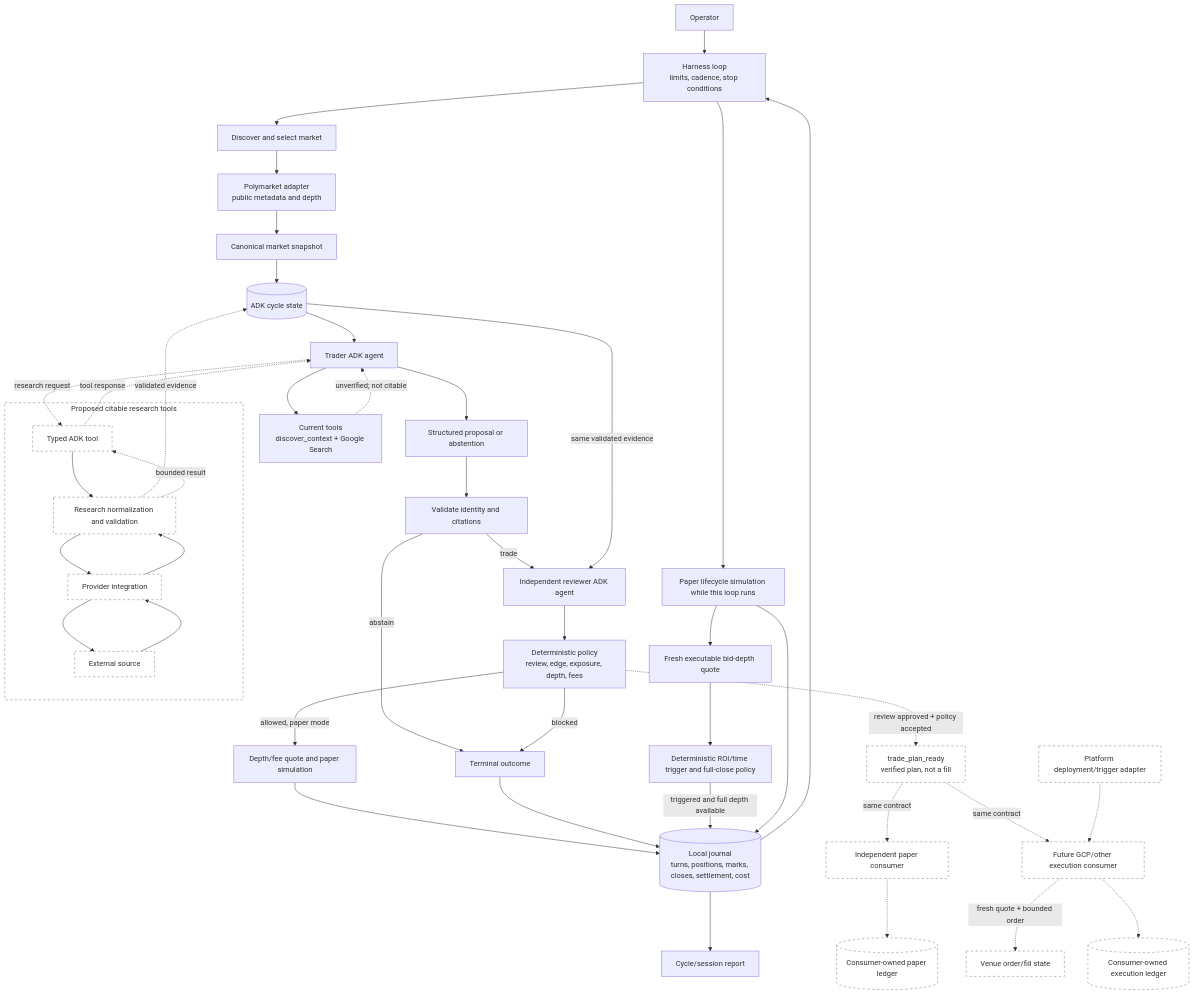
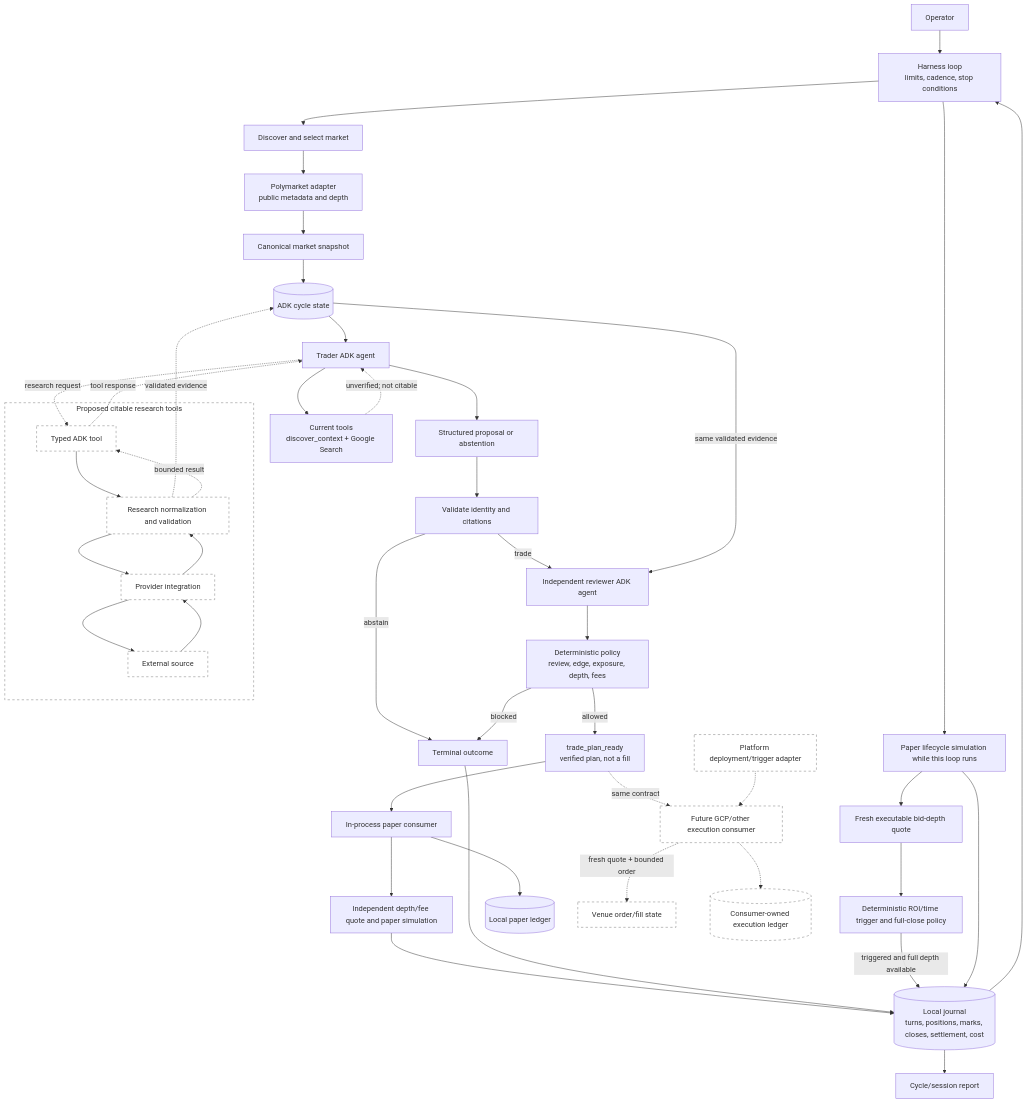
One commit to JMrtzsn/chrysopoeia changed the diagram in harness/docs/architecture.md. Above: the diagram before and after it, drawn with Mermaid. The commit also changed other lines of this file and 15 other files, not shown here.

Commit message:
Separate plan events from paper fills

````diff
--- a/harness/docs/architecture.md
+++ b/harness/docs/architecture.md
@@ -6,54 +6,54 @@
 ```mermaid
 flowchart TD
     Operator --> Loop["Harness loop<br/>limits, cadence, stop conditions"]
     Loop --> Discover["Discover and select market"]
     Discover --> Venue["Polymarket adapter<br/>public metadata and depth"]
     Venue --> Snapshot["Canonical market snapshot"]
     Snapshot --> State[("ADK cycle state")]
 
     State --> Trader["Trader ADK agent"]
     Trader --> ContextTool["Current tools<br/>discover_context + Google Search"]
     ContextTool -. "unverified; not citable" .-> Trader
     Trader --> Proposal["Structured proposal or abstention"]
     Proposal --> Gate["Validate identity and citations"]
     Gate -->|abstain| Outcome["Terminal outcome"]
     Gate -->|trade| Reviewer["Independent reviewer ADK agent"]
     State -->|same validated evidence| Reviewer
     Reviewer --> Policy["Deterministic policy<br/>review, edge, exposure, depth, fees"]
-    Policy -->|allowed, paper mode| Quote["Depth/fee quote and paper simulation"]
+    Policy -->|allowed| Ready["trade_plan_ready<br/>verified plan, not a fill"]
+    Ready --> PaperConsumer["In-process paper consumer"]
+    PaperConsumer --> Quote["Independent depth/fee quote and paper simulation"]
     Policy -->|blocked| Outcome
     Quote --> Journal[("Local journal<br/>turns, positions, marks, closes, settlement, cost")]
     Outcome --> Journal
     Loop --> Lifecycle["Paper lifecycle simulation while this loop runs"]
     Lifecycle --> ExitQuote["Fresh executable bid-depth quote"]
     ExitQuote --> ExitPolicy["Deterministic ROI/time trigger and full-close policy"]
     ExitPolicy -->|triggered and full depth available| Journal
     Lifecycle --> Journal
     Journal --> Loop
     Journal --> Report["Cycle/session report"]
 
-    Policy -. "review approved + policy accepted" .-> Ready["trade_plan_ready<br/>verified plan, not a fill"]
-    Ready -. "same contract" .-> PaperConsumer["Independent paper consumer"]
     Ready -. "same contract" .-> ExecutionConsumer["Future GCP/other execution consumer"]
-    PaperConsumer -.-> PaperLedger[("Consumer-owned paper ledger")]
+    PaperConsumer --> PaperLedger[("Local paper ledger")]
     ExecutionConsumer -. "fresh quote + bounded order" .-> LiveVenue["Venue order/fill state"]
     ExecutionConsumer -.-> LiveLedger[("Consumer-owned execution ledger")]
     Platform["Platform deployment/trigger adapter"] -.-> ExecutionConsumer
 
     subgraph Planned["Proposed citable research tools"]
         Tool["Typed ADK tool"]
         Core["Research normalization and validation"]
         Integration["Provider integration"]
         Source["External source"]
         Tool --> Core --> Integration --> Source
         Source --> Integration --> Core
     end
     Trader -. "research request" .-> Tool
     Core -. "validated evidence" .-> State
     Core -. "bounded result" .-> Tool
     Tool -. "tool response" .-> Trader
 
     classDef planned fill:#fff,stroke:#777,stroke-dasharray:5 5;
-    class Tool,Core,Integration,Source,Ready,PaperConsumer,ExecutionConsumer,PaperLedger,LiveVenue,LiveLedger,Platform planned;
+    class Tool,Core,Integration,Source,ExecutionConsumer,LiveVenue,LiveLedger,Platform planned;
     style Planned fill:#fff,stroke:#777,stroke-dasharray:5 5;
 ```
````
